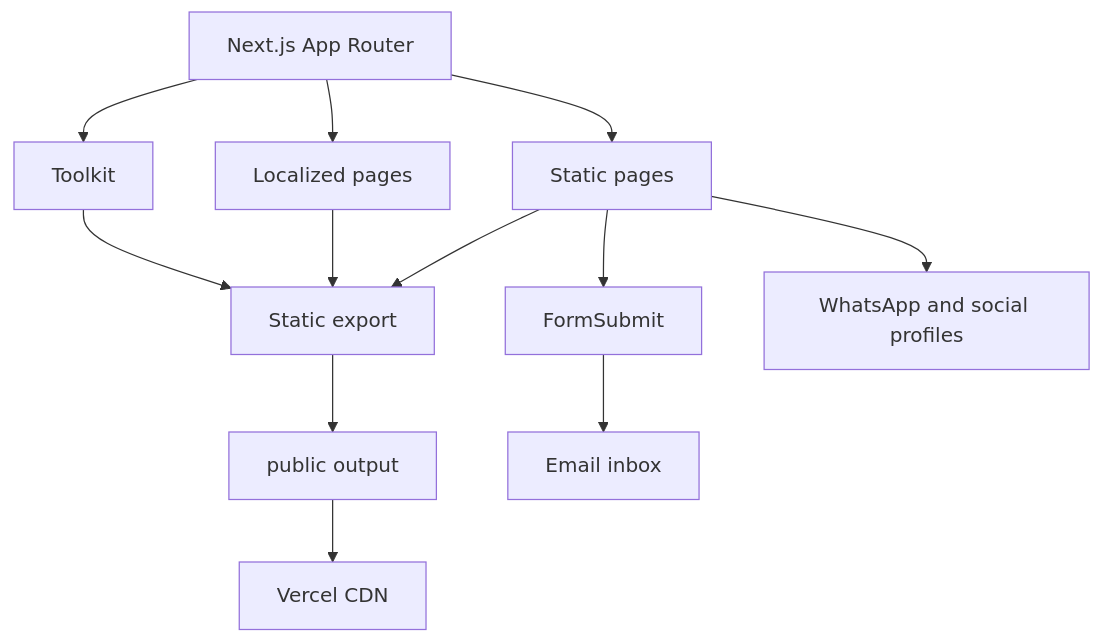
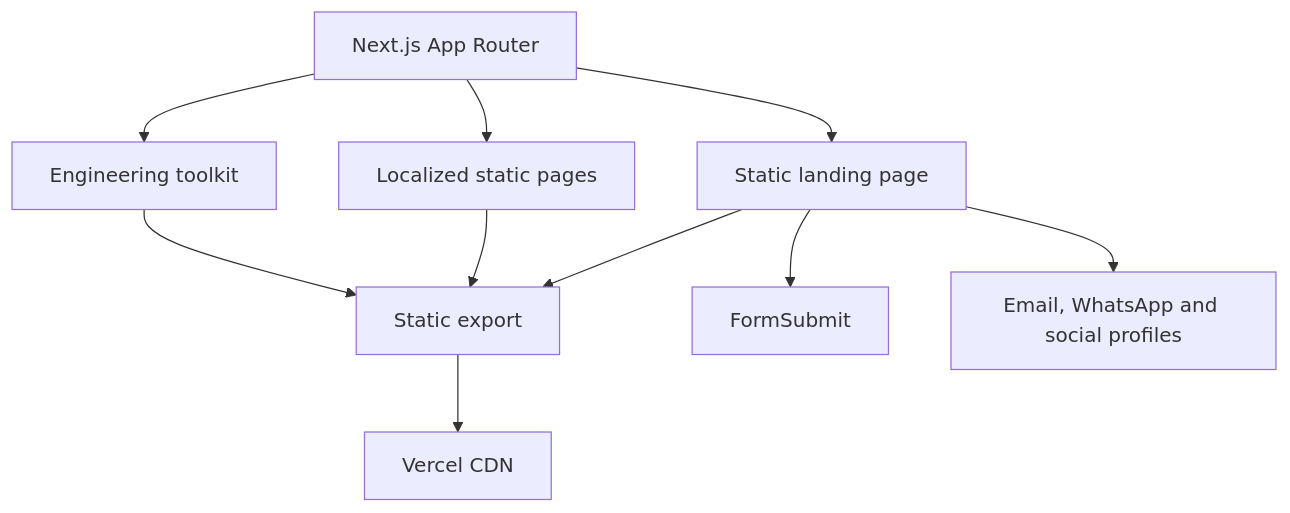
The diagram in README.md (ephraimlifanjo/ephraim-portfolio), drawn with Mermaid before and after one commit. The commit also changed other lines of this file and 10 other files, not shown here.

````diff
--- a/README.md
+++ b/README.md
@@ -34,14 +33,12 @@
 ```mermaid
 flowchart TD
-  A[Next.js App Router] --> B[Static pages]
-  A --> C[Localized pages]
-  A --> D[Toolkit]
+  A[Next.js App Router] --> B[Static landing page]
+  A --> C[Localized static pages]
+  A --> D[Engineering toolkit]
   B --> E[Static export]
   C --> E
   D --> E
-  E --> F[public output]
-  F --> G[Vercel CDN]
-  B --> H[FormSubmit]
-  H --> I[Email inbox]
-  B --> J[WhatsApp and social profiles]
+  E --> F[Vercel CDN]
+  B --> G[FormSubmit]
+  B --> H[Email, WhatsApp and social profiles]
 ```
````
